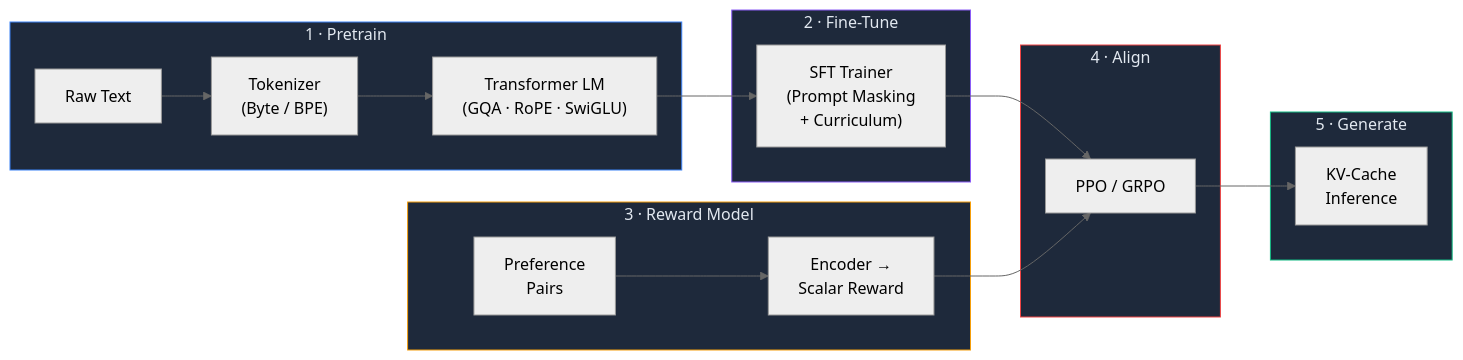
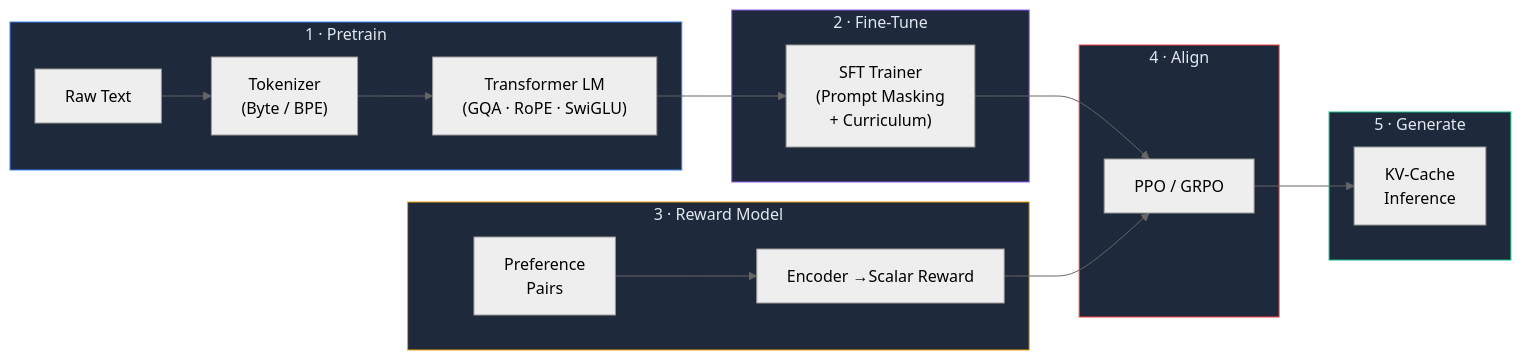
The diagram in README.md (arnav-chauhan-kgpian/atlas), drawn with Mermaid (neutral theme) before and after one commit. The commit also changed other lines of this file, not shown here.

````diff
--- a/README.md
+++ b/README.md
@@ -39,30 +44,30 @@
 ```mermaid
 flowchart LR
     subgraph PRETRAIN["1 · Pretrain"]
         A["Raw Text"] --> B["Tokenizer\n(Byte / BPE)"]
         B --> C["Transformer LM\n(GQA · RoPE · SwiGLU)"]
     end
 
     subgraph SFT["2 · Fine-Tune"]
         C --> D["SFT Trainer\n(Prompt Masking\n+ Curriculum)"]
     end
 
     subgraph RM["3 · Reward Model"]
-        E["Preference\nPairs"] --> F["Encoder →\nScalar Reward"]
+        E["Preference\nPairs"] --> F["Encoder →Scalar Reward"]
     end
 
     subgraph RLHF["4 · Align"]
         D --> G["PPO / GRPO"]
         F --> G
     end
 
     subgraph INFER["5 · Generate"]
         G --> H["KV-Cache\nInference"]
     end
 
     style PRETRAIN fill:#1e293b,stroke:#3b82f6,color:#e2e8f0
     style SFT fill:#1e293b,stroke:#8b5cf6,color:#e2e8f0
     style RM fill:#1e293b,stroke:#f59e0b,color:#e2e8f0
     style RLHF fill:#1e293b,stroke:#ef4444,color:#e2e8f0
     style INFER fill:#1e293b,stroke:#10b981,color:#e2e8f0
 ```
````
